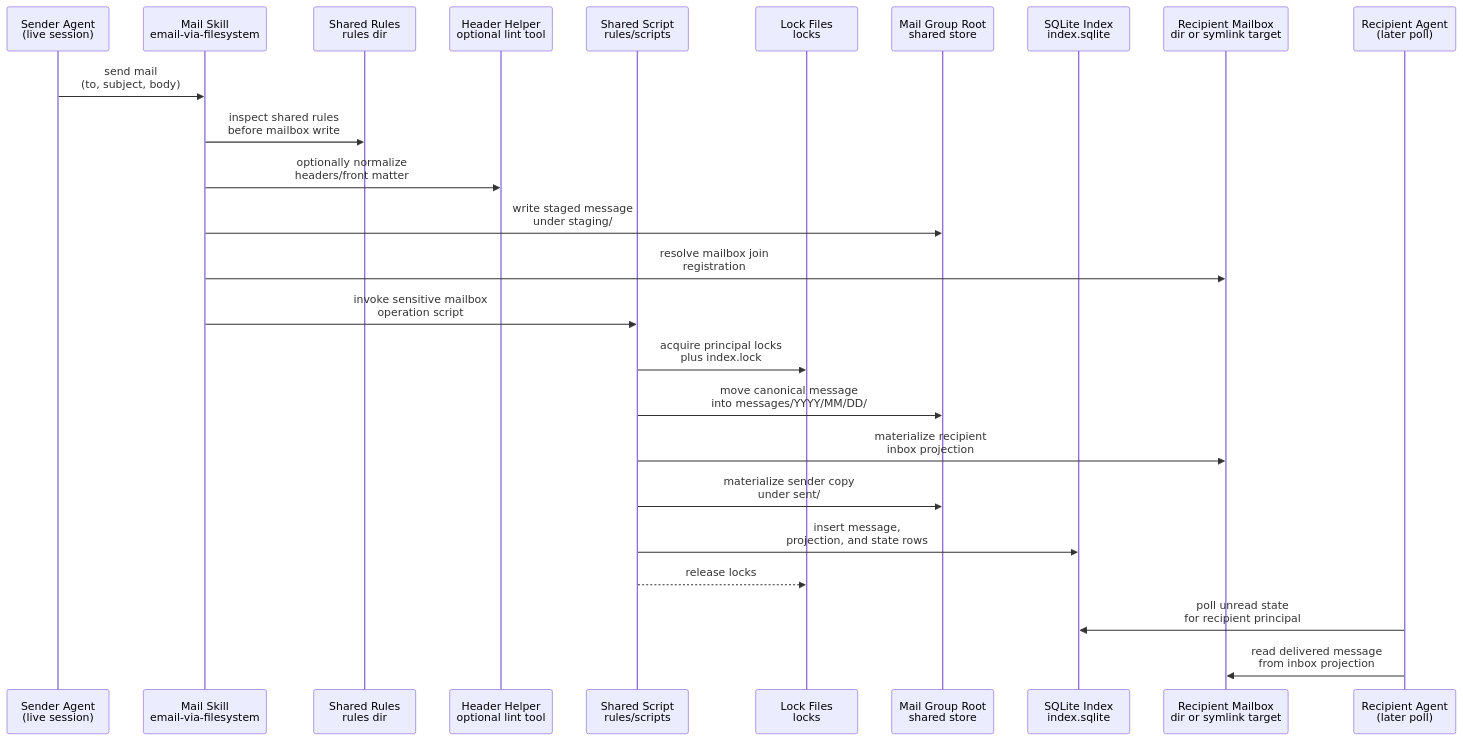
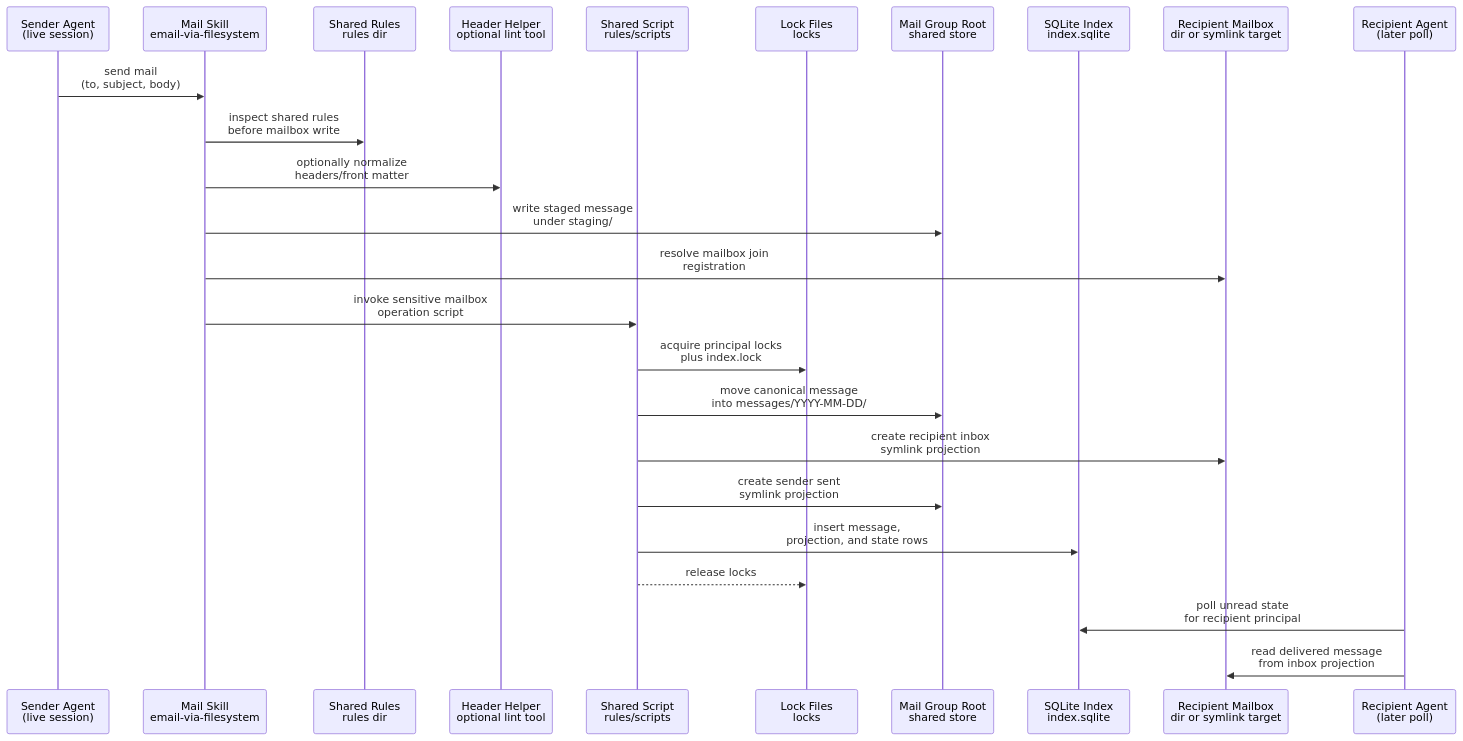
One commit to igamenovoer/houmao changed the second of 2 diagrams in openspec/changes/add-agent-mailbox-protocol/design.md. Above: the diagram before and after it, drawn with Mermaid. The commit also changed other lines of this file and 3 other files, not shown here.

````diff
--- a/openspec/changes/add-agent-mailbox-protocol/design.md
+++ b/openspec/changes/add-agent-mailbox-protocol/design.md
@@ -243,28 +239,28 @@
 ```mermaid
 sequenceDiagram
     participant SA as Sender Agent<br/>(live session)
     participant SK as Mail Skill<br/>email-via-filesystem
     participant RU as Shared Rules<br/>rules dir
     participant HL as Header Helper<br/>optional lint tool
     participant SC as Shared Script<br/>rules/scripts
     participant LK as Lock Files<br/>locks
     participant FS as Mail Group Root<br/>shared store
     participant DB as SQLite Index<br/>index.sqlite
     participant RI as Recipient Mailbox<br/>dir or symlink target
     participant RA as Recipient Agent<br/>(later poll)
 
     SA->>SK: send mail<br/>(to, subject, body)
     SK->>RU: inspect shared rules<br/>before mailbox write
     SK->>HL: optionally normalize<br/>headers/front matter
     SK->>FS: write staged message<br/>under staging/
     SK->>RI: resolve mailbox join<br/>registration
     SK->>SC: invoke sensitive mailbox<br/>operation script
     SC->>LK: acquire principal locks<br/>plus index.lock
-    SC->>FS: move canonical message<br/>into messages/YYYY/MM/DD/
-    SC->>RI: materialize recipient<br/>inbox projection
-    SC->>FS: materialize sender copy<br/>under sent/
+    SC->>FS: move canonical message<br/>into messages/YYYY-MM-DD/
+    SC->>RI: create recipient inbox<br/>symlink projection
+    SC->>FS: create sender sent<br/>symlink projection
     SC->>DB: insert message,<br/>projection, and state rows
     SC-->>LK: release locks
     RA->>DB: poll unread state<br/>for recipient principal
     RA->>RI: read delivered message<br/>from inbox projection
 ```
````
